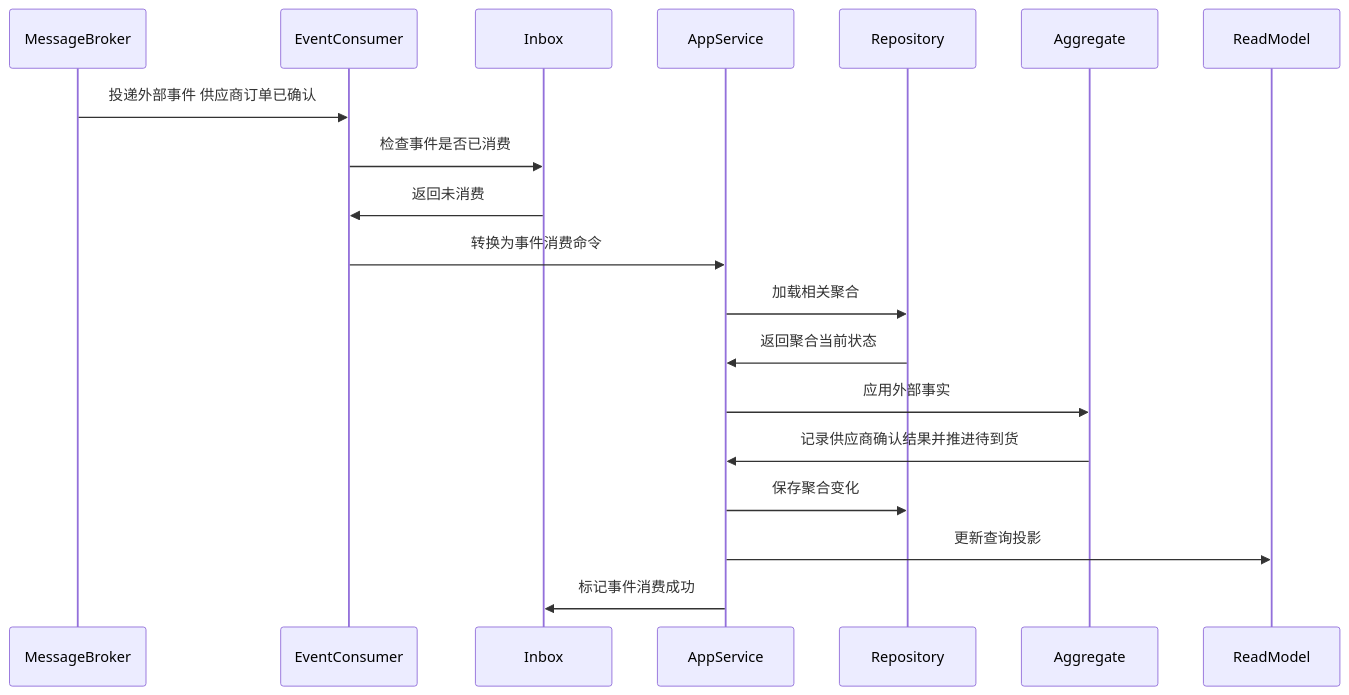
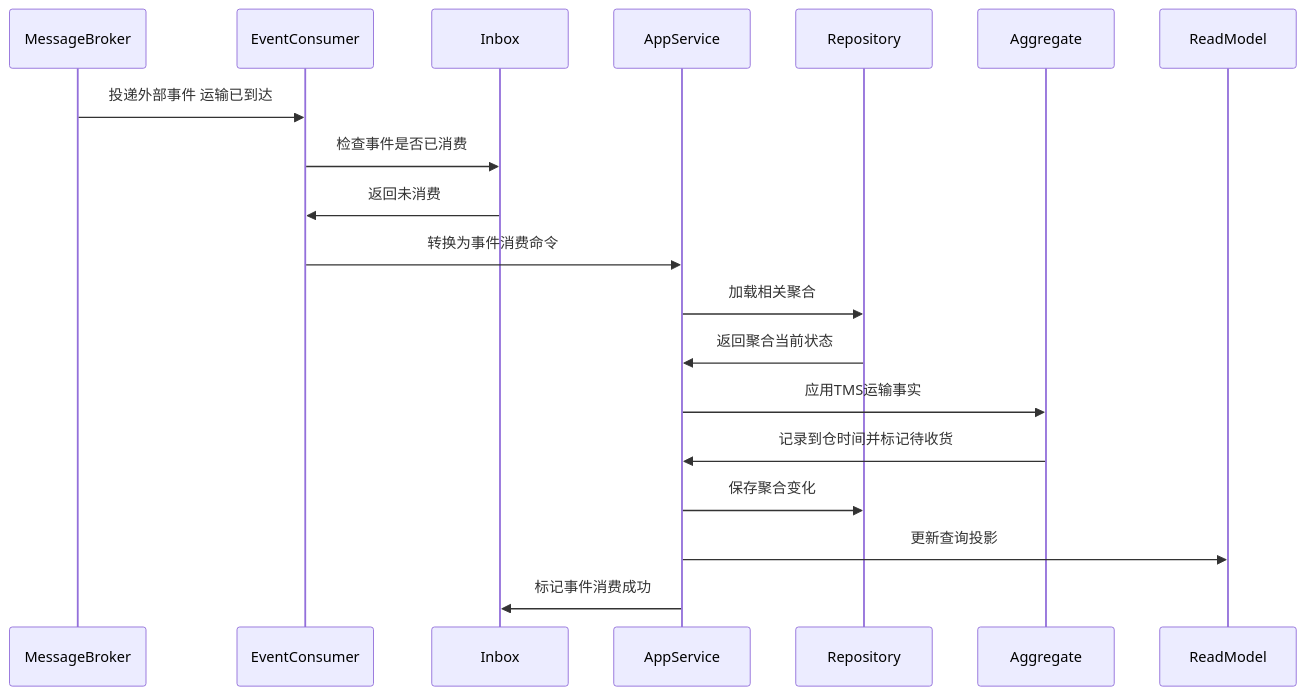
The fifth of 6 diagrams in docs/03-核心业务模型/02-采购领域模型/07-采购订单聚合CQRS设计.md (chao1927/scm), drawn with Mermaid before and after one commit. The commit also changed other lines of this file and 118 other files, not shown here.

````diff
--- a/docs/03-核心业务模型/02-采购领域模型/07-采购订单聚合CQRS设计.md
+++ b/docs/03-核心业务模型/02-采购领域模型/07-采购订单聚合CQRS设计.md
@@ -234,22 +244,22 @@
 ```mermaid
 sequenceDiagram
     participant MessageBroker
     participant EventConsumer
     participant Inbox
     participant AppService
     participant Repository
     participant Aggregate
     participant ReadModel
 
-    MessageBroker->>EventConsumer: 投递外部事件 供应商订单已确认
+    MessageBroker->>EventConsumer: 投递外部事件 运输已到达
     EventConsumer->>Inbox: 检查事件是否已消费
     Inbox->>EventConsumer: 返回未消费
     EventConsumer->>AppService: 转换为事件消费命令
     AppService->>Repository: 加载相关聚合
     Repository->>AppService: 返回聚合当前状态
-    AppService->>Aggregate: 应用外部事实
-    Aggregate->>AppService: 记录供应商确认结果并推进待到货
+    AppService->>Aggregate: 应用TMS运输事实
+    Aggregate->>AppService: 记录到仓时间并标记待收货
     AppService->>Repository: 保存聚合变化
     AppService->>ReadModel: 更新查询投影
     AppService->>Inbox: 标记事件消费成功
 ```
````
